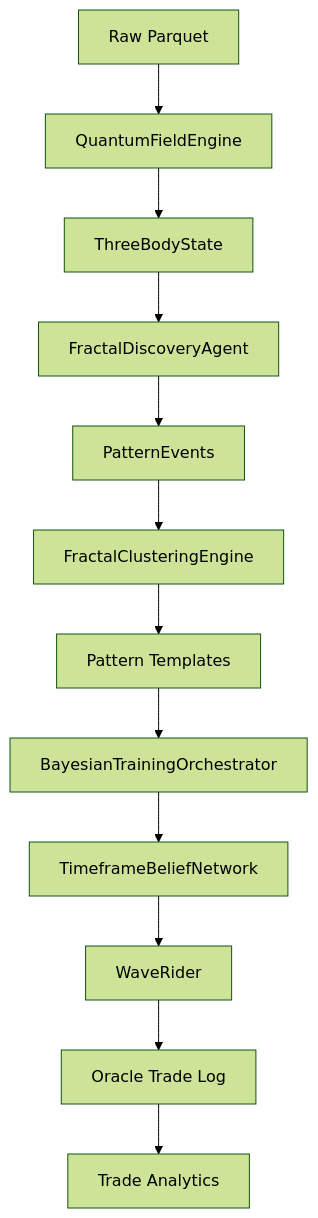
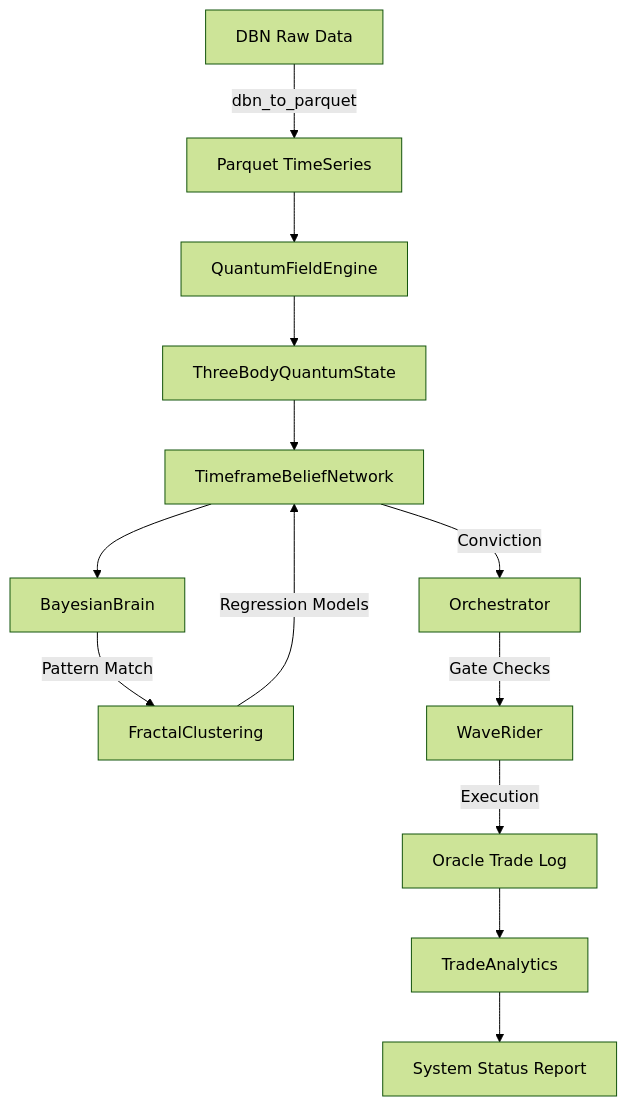
One commit to reyses/Bayesian-AI changed the diagram in docs/ARCHITECTURE.md. Above: the diagram before and after it, drawn with Mermaid (forest theme). The commit also changed other lines of this file and 2 other files, not shown here.

````diff
--- a/docs/ARCHITECTURE.md
+++ b/docs/ARCHITECTURE.md
@@ -59,14 +58,15 @@
 ```mermaid
 graph TD
-    A[Raw Parquet] --> B[QuantumFieldEngine]
-    B --> C[ThreeBodyState]
-    C --> D[FractalDiscoveryAgent]
-    D --> E[PatternEvents]
-    E --> F[FractalClusteringEngine]
-    F --> G[Pattern Templates]
-    G --> H[BayesianTrainingOrchestrator]
-    H --> I[TimeframeBeliefNetwork]
-    I --> J[WaveRider]
-    J --> K[Oracle Trade Log]
-    K --> L[Trade Analytics]
+    Raw[DBN Raw Data] -->|dbn_to_parquet| Parquet[Parquet TimeSeries]
+    Parquet --> Engine[QuantumFieldEngine]
+    Engine --> State[ThreeBodyQuantumState]
+    State --> TBN[TimeframeBeliefNetwork]
+    TBN --> Brain[BayesianBrain]
+    Brain -->|Pattern Match| Cluster[FractalClustering]
+    Cluster -->|Regression Models| TBN
+    TBN -->|Conviction| Orch[Orchestrator]
+    Orch -->|Gate Checks| Wave[WaveRider]
+    Wave -->|Execution| Log[Oracle Trade Log]
+    Log --> Analytics[TradeAnalytics]
+    Analytics --> Report[System Status Report]
 ```
````
